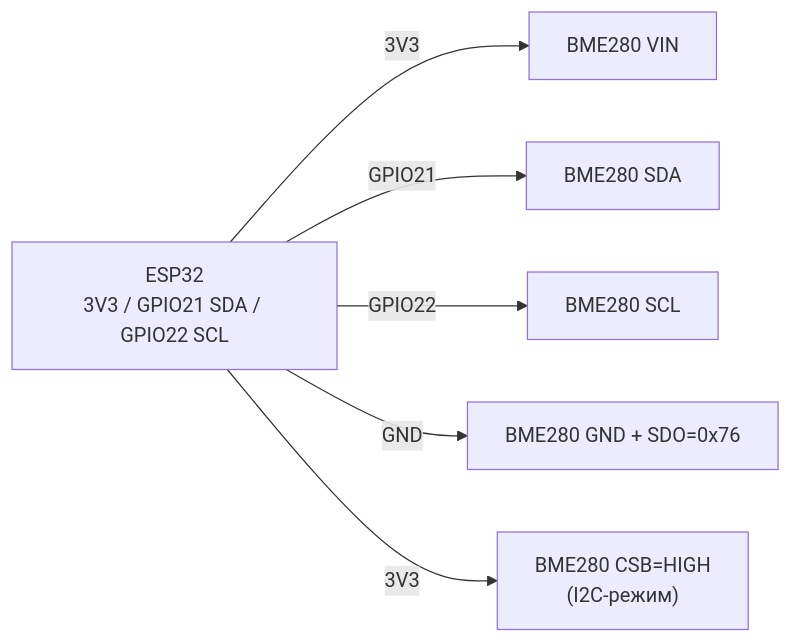
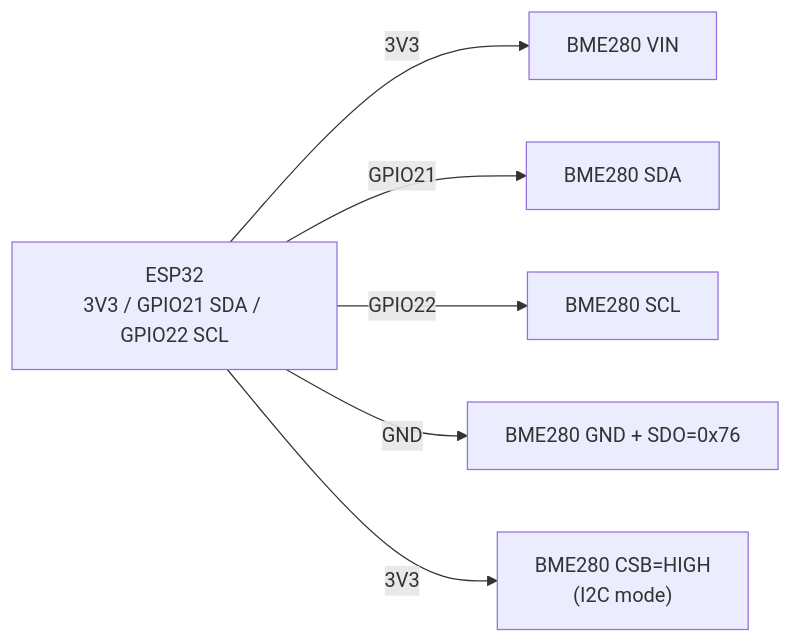
Before and after one commit to ksalab/embedded-reference: the diagram in obsidian_vault/ESP32-Reference/EN/10-Sensors/03-BME280-BMP280-SHT31.en.md, drawn with Mermaid. The commit also changed other lines of this file and 76 other files, not shown here.

````diff
--- a/obsidian_vault/ESP32-Reference/EN/10-Sensors/03-BME280-BMP280-SHT31.en.md
+++ b/obsidian_vault/ESP32-Reference/EN/10-Sensors/03-BME280-BMP280-SHT31.en.md
@@ -77,8 +77,8 @@
 ```mermaid
 graph LR
   ESP32["ESP32<br/>3V3 / GPIO21 SDA / GPIO22 SCL"] -->|3V3| VIN["BME280 VIN"]
   ESP32 -->|GPIO21| SDA["BME280 SDA"]
   ESP32 -->|GPIO22| SCL["BME280 SCL"]
   ESP32 -->|GND| GNDM["BME280 GND + SDO=0x76"]
-  ESP32 -->|3V3| CSB["BME280 CSB=HIGH<br/>(I2C-режим)"]
+  ESP32 -->|3V3| CSB["BME280 CSB=HIGH<br/>(I2C mode)"]
 ```
````
